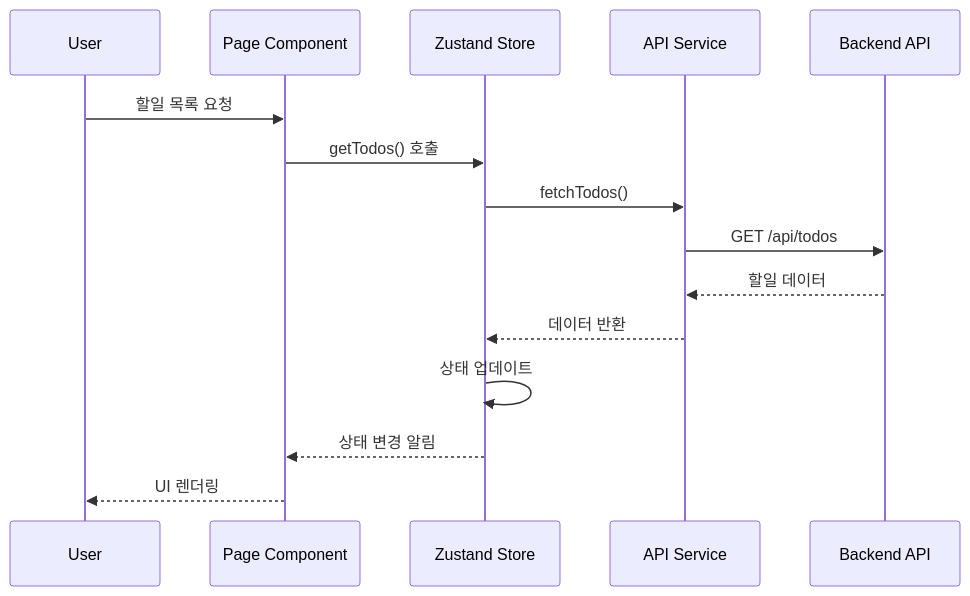
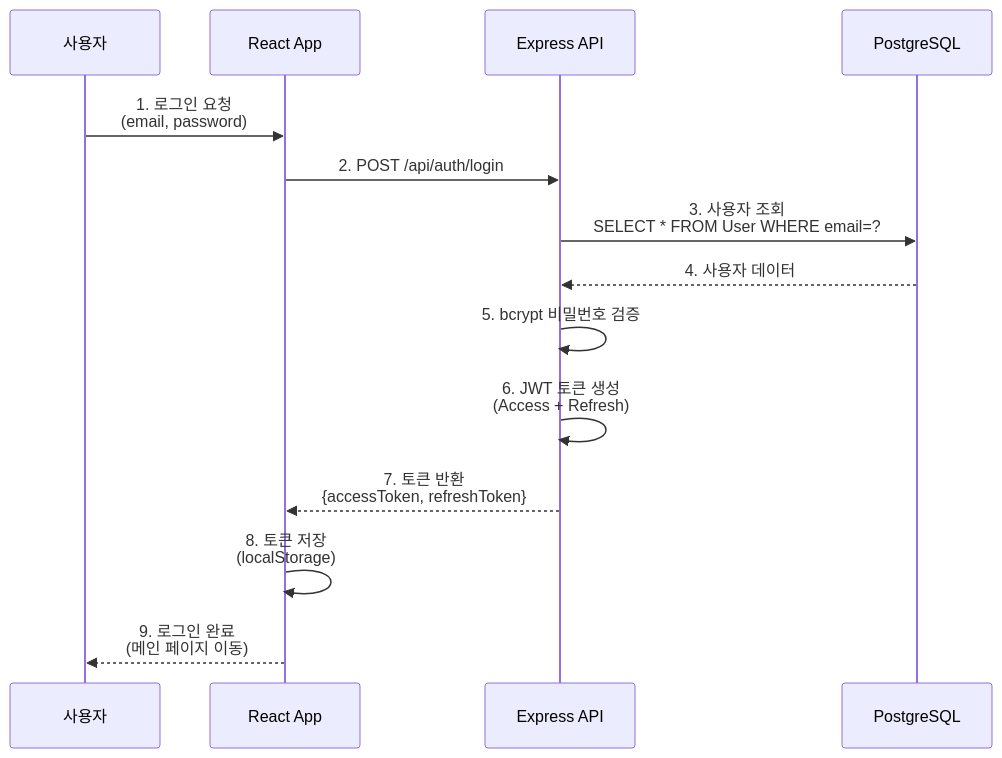
One commit to zecool/pkt-todolist changed the third of 7 diagrams in docs/5-arch-diagram.md. Above: the diagram before and after it, drawn with Mermaid. The commit also changed other lines of this file and 91 other files, not shown here.

````diff
--- a/docs/5-arch-diagram.md
+++ b/docs/5-arch-diagram.md
@@ -154,18 +250,17 @@
 ```mermaid
 sequenceDiagram
-    participant U as User
-    participant P as Page Component
-    participant S as Zustand Store
-    participant API as API Service
-    participant BE as Backend API
+    participant User as 사용자
+    participant Frontend as React App
+    participant Backend as Express API
+    participant DB as PostgreSQL
 
-    U->>P: 할일 목록 요청
-    P->>S: getTodos() 호출
-    S->>API: fetchTodos()
-    API->>BE: GET /api/todos
-    BE-->>API: 할일 데이터
-    API-->>S: 데이터 반환
-    S->>S: 상태 업데이트
-    S-->>P: 상태 변경 알림
-    P-->>U: UI 렌더링
+    User->>Frontend: 1. 로그인 요청<br/>(email, password)
+    Frontend->>Backend: 2. POST /api/auth/login
+    Backend->>DB: 3. 사용자 조회<br/>SELECT * FROM User WHERE email=?
+    DB-->>Backend: 4. 사용자 데이터
+    Backend->>Backend: 5. bcrypt 비밀번호 검증
+    Backend->>Backend: 6. JWT 토큰 생성<br/>(Access + Refresh)
+    Backend-->>Frontend: 7. 토큰 반환<br/>{accessToken, refreshToken}
+    Frontend->>Frontend: 8. 토큰 저장<br/>(localStorage)
+    Frontend-->>User: 9. 로그인 완료<br/>(메인 페이지 이동)
 ```
````
